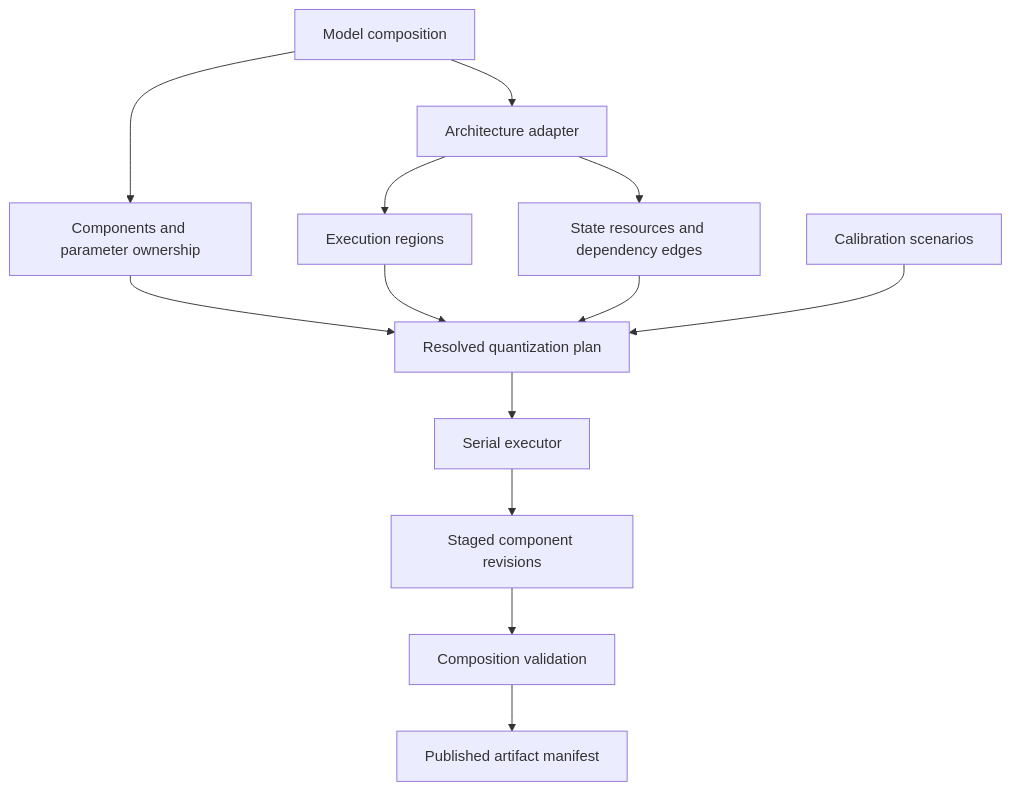
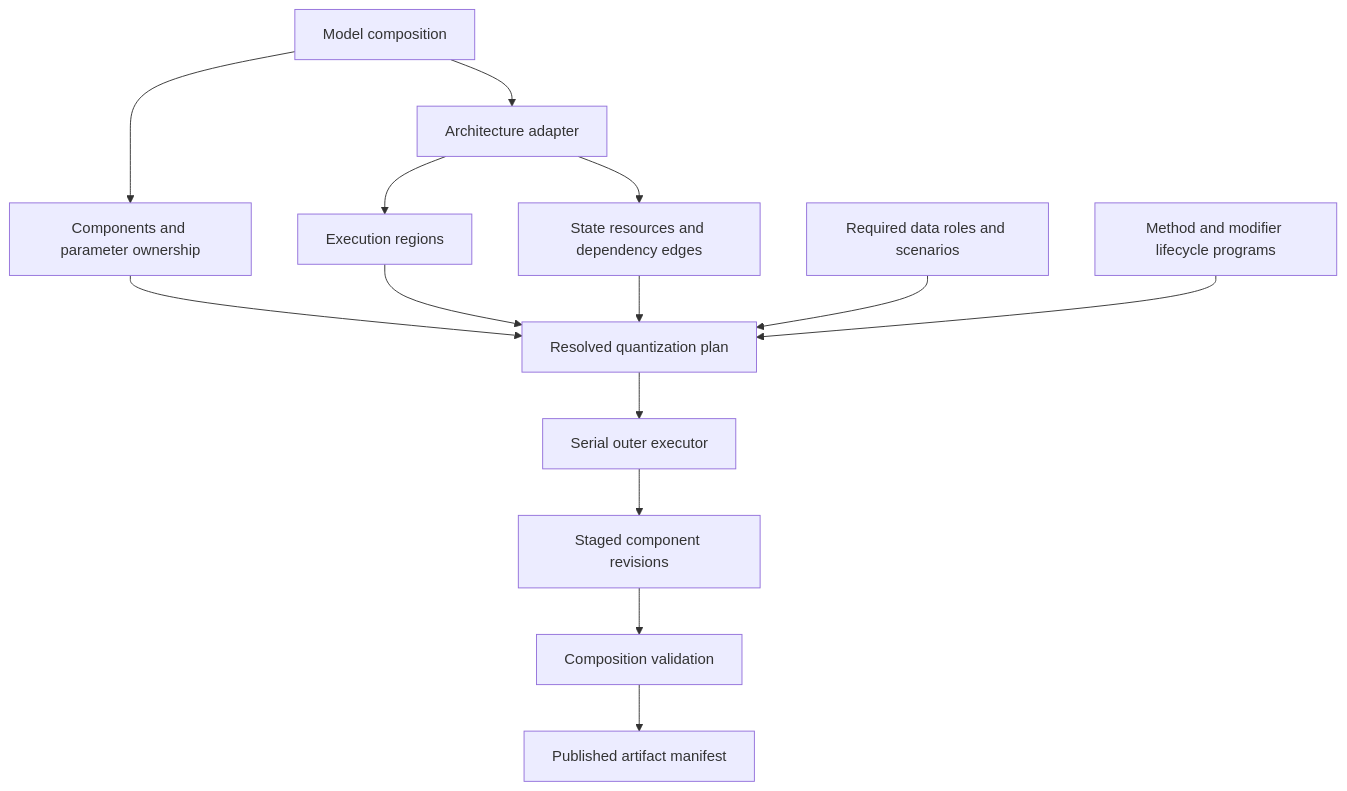
Before and after one commit to ModelCloud/GPTQModel: the first of 7 diagrams in docs/component-quantization-design.md, drawn with Mermaid. The commit also changed other lines of this file and 1 other file, not shown here.

Commit message:
docs: model quantization methods as explicit lifecycle programs

````diff
--- a/docs/component-quantization-design.md
+++ b/docs/component-quantization-design.md
@@ -123,15 +146,16 @@
 ```mermaid
 flowchart TD
     MC[Model composition] --> C[Components and parameter ownership]
     MC --> A[Architecture adapter]
     A --> R[Execution regions]
     A --> S[State resources and dependency edges]
     C --> P[Resolved quantization plan]
     R --> P
     S --> P
-    D[Calibration scenarios] --> P
-    P --> E[Serial executor]
+    D[Required data roles and scenarios] --> P
+    L[Method and modifier lifecycle programs] --> P
+    P --> E[Serial outer executor]
     E --> T[Staged component revisions]
     T --> V[Composition validation]
     V --> M[Published artifact manifest]
 ```
````
